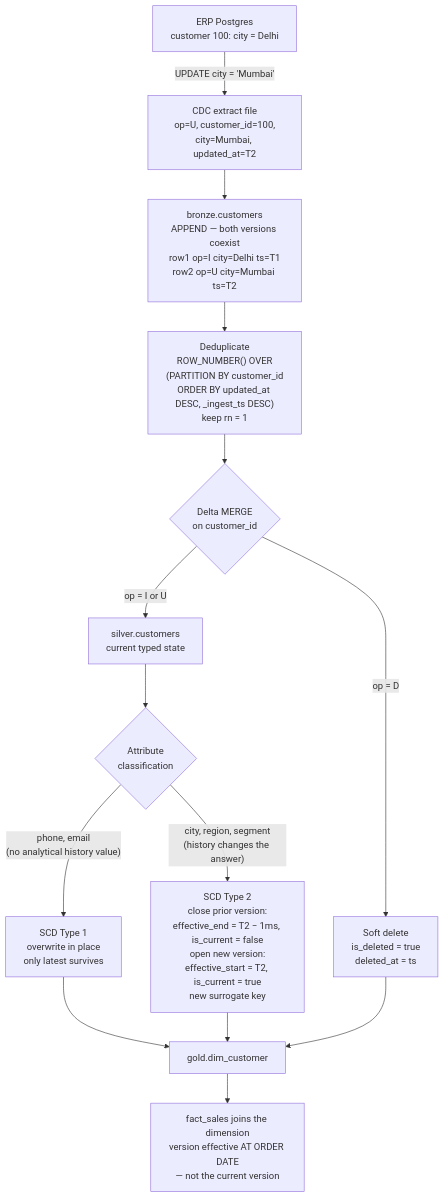
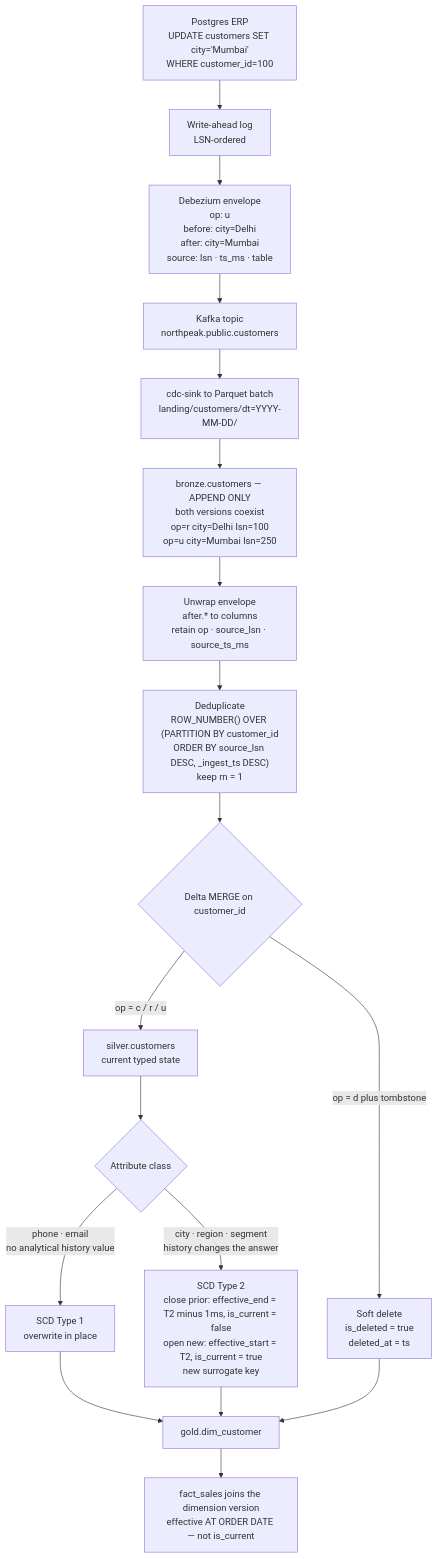
Before and after one commit to Sohailtanveer1/enterprise-lakehouse-on-databricks: the fourth of 7 diagrams in docs/ARCHITECTURE.md, drawn with Mermaid. The commit also changed other lines of this file and 5 other files, not shown here.

````diff
--- a/docs/ARCHITECTURE.md
+++ b/docs/ARCHITECTURE.md
@@ -230,26 +300,24 @@
 ```mermaid
 flowchart TB
-    SRC["ERP Postgres<br/>customer 100: city = Delhi"] -->|"UPDATE city = 'Mumbai'"| EXT
-    EXT["CDC extract file<br/>op=U, customer_id=100,<br/>city=Mumbai, updated_at=T2"] --> BRZ
+    SRC["Postgres ERP<br/>UPDATE customers SET city='Mumbai'<br/>WHERE customer_id=100"] --> WAL
+    WAL["Write-ahead log<br/>LSN-ordered"] --> DBZ
+    DBZ["Debezium envelope<br/>op: u<br/>before: city=Delhi<br/>after: city=Mumbai<br/>source: lsn · ts_ms · table"] --> KFK
+    KFK["Kafka topic<br/>northpeak.public.customers"] --> SNK
+    SNK["cdc-sink to Parquet batch<br/>landing/customers/dt=YYYY-MM-DD/"] --> BRZ
+    BRZ["bronze.customers — APPEND ONLY<br/>both versions coexist<br/>op=r city=Delhi lsn=100<br/>op=u city=Mumbai lsn=250"] --> UNW
+    UNW["Unwrap envelope<br/>after.* to columns<br/>retain op · source_lsn · source_ts_ms"] --> DEDUP
+    DEDUP["Deduplicate<br/>ROW_NUMBER() OVER (PARTITION BY customer_id<br/>ORDER BY source_lsn DESC, _ingest_ts DESC)<br/>keep rn = 1"] --> MERGE
 
-    BRZ["bronze.customers<br/>APPEND — both versions coexist<br/>row1 op=I city=Delhi ts=T1<br/>row2 op=U city=Mumbai ts=T2"] --> DEDUP
+    MERGE{"Delta MERGE on customer_id"}
+    MERGE -->|"op = d plus tombstone"| DEL["Soft delete<br/>is_deleted = true<br/>deleted_at = ts"]
+    MERGE -->|"op = c / r / u"| UPS["silver.customers<br/>current typed state"]
 
-    DEDUP["Deduplicate<br/>ROW_NUMBER() OVER<br/>(PARTITION BY customer_id<br/>ORDER BY updated_at DESC, _ingest_ts DESC)<br/>keep rn = 1"] --> MERGE
-
-    MERGE{"Delta MERGE<br/>on customer_id"}
-    MERGE -->|"op = D"| DEL["Soft delete<br/>is_deleted = true<br/>deleted_at = ts"]
-    MERGE -->|"op = I or U"| UPS["silver.customers<br/>current typed state"]
-
-    UPS --> SCDTYPE{"Attribute<br/>classification"}
-    SCDTYPE -->|"phone, email<br/>(no analytical history value)"| SCD1
-    SCDTYPE -->|"city, region, segment<br/>(history changes the answer)"| SCD2
-
-    SCD1["SCD Type 1<br/>overwrite in place<br/>only latest survives"]
-    SCD2["SCD Type 2<br/>close prior version:<br/>effective_end = T2 − 1ms, is_current = false<br/>open new version:<br/>effective_start = T2, is_current = true<br/>new surrogate key"]
+    UPS --> CLASS{"Attribute class"}
+    CLASS -->|"phone · email<br/>no analytical history value"| SCD1["SCD Type 1<br/>overwrite in place"]
+    CLASS -->|"city · region · segment<br/>history changes the answer"| SCD2["SCD Type 2<br/>close prior: effective_end = T2 minus 1ms, is_current = false<br/>open new: effective_start = T2, is_current = true<br/>new surrogate key"]
 
     SCD1 --> DIM["gold.dim_customer"]
     SCD2 --> DIM
     DEL --> DIM
-
-    DIM --> FACTJOIN["fact_sales joins the dimension<br/>version effective AT ORDER DATE<br/>— not the current version"]
+    DIM --> FJ["fact_sales joins the dimension version<br/>effective AT ORDER DATE — not is_current"]
 ```
````
